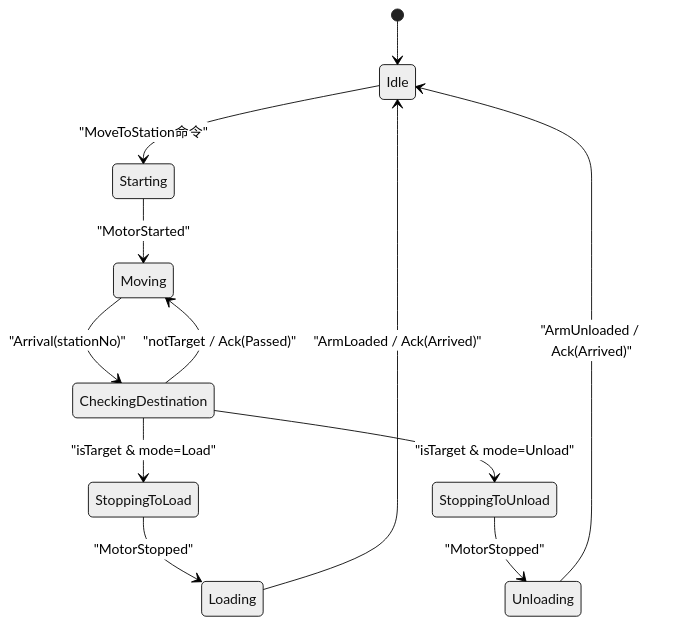
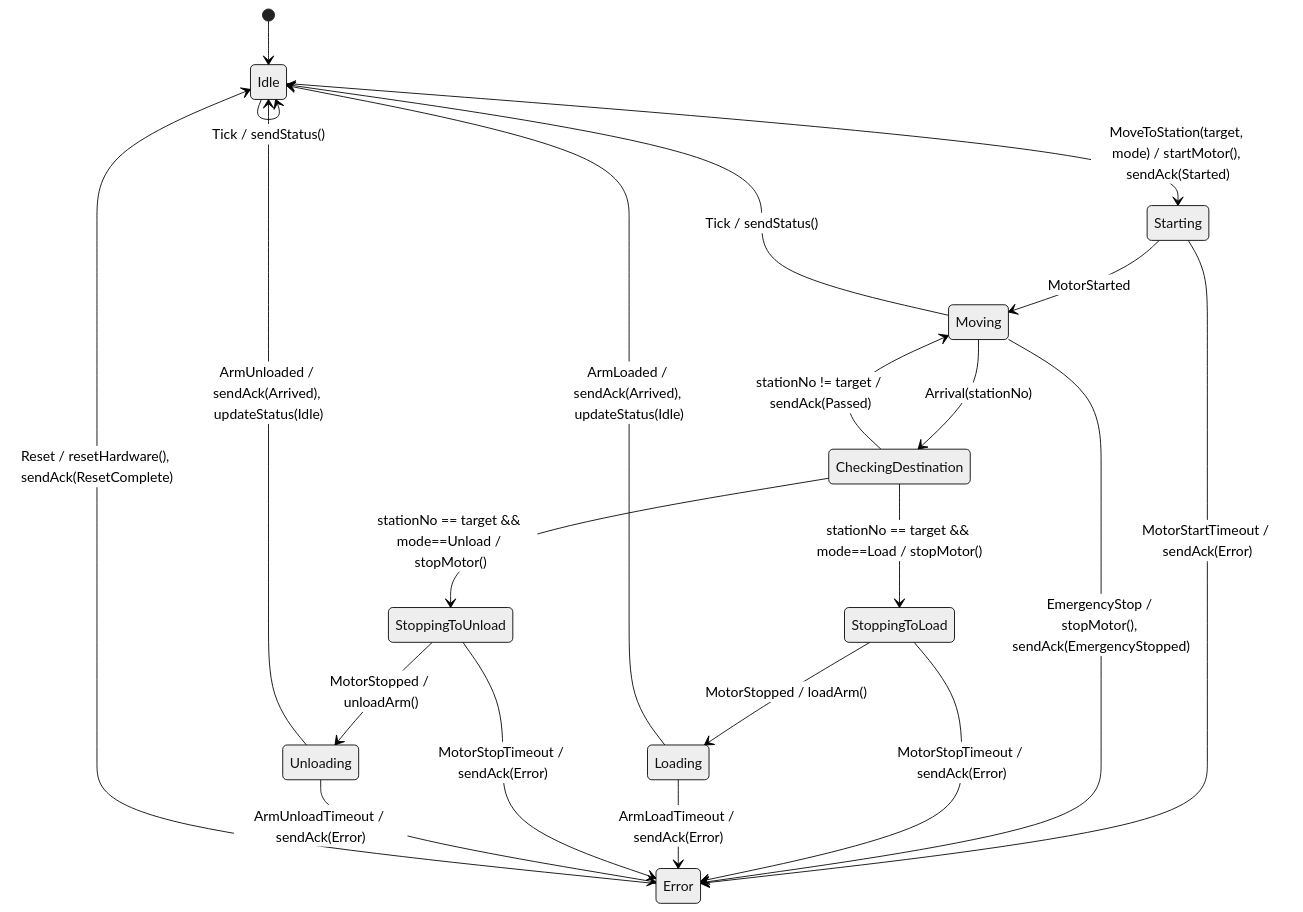
One commit to GodLiangJingYu/MyCodeResource changed the third of 8 diagrams in 软件架构设计/实验/实验4/提交/2023302855 梁景毓 ex4.md. Above: the diagram before and after it, drawn with Mermaid (neutral theme). The commit also changed other lines of this file and 138 other files, not shown here.

````diff
--- a/软件架构设计/实验/实验4/提交/2023302855 梁景毓 ex4.md
+++ b/软件架构设计/实验/实验4/提交/2023302855 梁景毓 ex4.md
@@ -166,18 +273,32 @@
 ```mermaid
-stateDiagram
+stateDiagram-v2
 [*] --> Idle
 
-Idle --> Starting: "MoveToStation命令"
-Starting --> Moving: "MotorStarted"
+Idle --> Starting: MoveToStation(target, mode) / startMotor(), sendAck(Started)
+Idle --> Idle: Tick / sendStatus()
 
-Moving --> CheckingDestination: "Arrival(stationNo)"
-CheckingDestination --> Moving: "notTarget / Ack(Passed)"
-CheckingDestination --> StoppingToLoad: "isTarget & mode=Load"
-CheckingDestination --> StoppingToUnload: "isTarget & mode=Unload"
+Starting --> Moving: MotorStarted
+Starting --> Error: MotorStartTimeout / sendAck(Error)
 
-StoppingToLoad --> Loading: "MotorStopped"
-Loading --> Idle: "ArmLoaded / Ack(Arrived)"
+Moving --> CheckingDestination: Arrival(stationNo)
+Moving --> Idle: Tick / sendStatus()
+Moving --> Error: EmergencyStop / stopMotor(), sendAck(EmergencyStopped)
 
-StoppingToUnload --> Unloading: "MotorStopped"
-Unloading --> Idle: "ArmUnloaded / Ack(Arrived)"
+CheckingDestination --> Moving: stationNo != target / sendAck(Passed)
+CheckingDestination --> StoppingToLoad: stationNo == target && mode==Load / stopMotor()
+CheckingDestination --> StoppingToUnload: stationNo == target && mode==Unload / stopMotor()
+
+StoppingToLoad --> Loading: MotorStopped / loadArm()
+StoppingToLoad --> Error: MotorStopTimeout / sendAck(Error)
+
+Loading --> Idle: ArmLoaded / sendAck(Arrived), updateStatus(Idle)
+Loading --> Error: ArmLoadTimeout / sendAck(Error)
+
+StoppingToUnload --> Unloading: MotorStopped / unloadArm()
+StoppingToUnload --> Error: MotorStopTimeout / sendAck(Error)
+
+Unloading --> Idle: ArmUnloaded / sendAck(Arrived), updateStatus(Idle)
+Unloading --> Error: ArmUnloadTimeout / sendAck(Error)
+
+Error --> Idle: Reset / resetHardware(), sendAck(ResetComplete)
 ```
````
